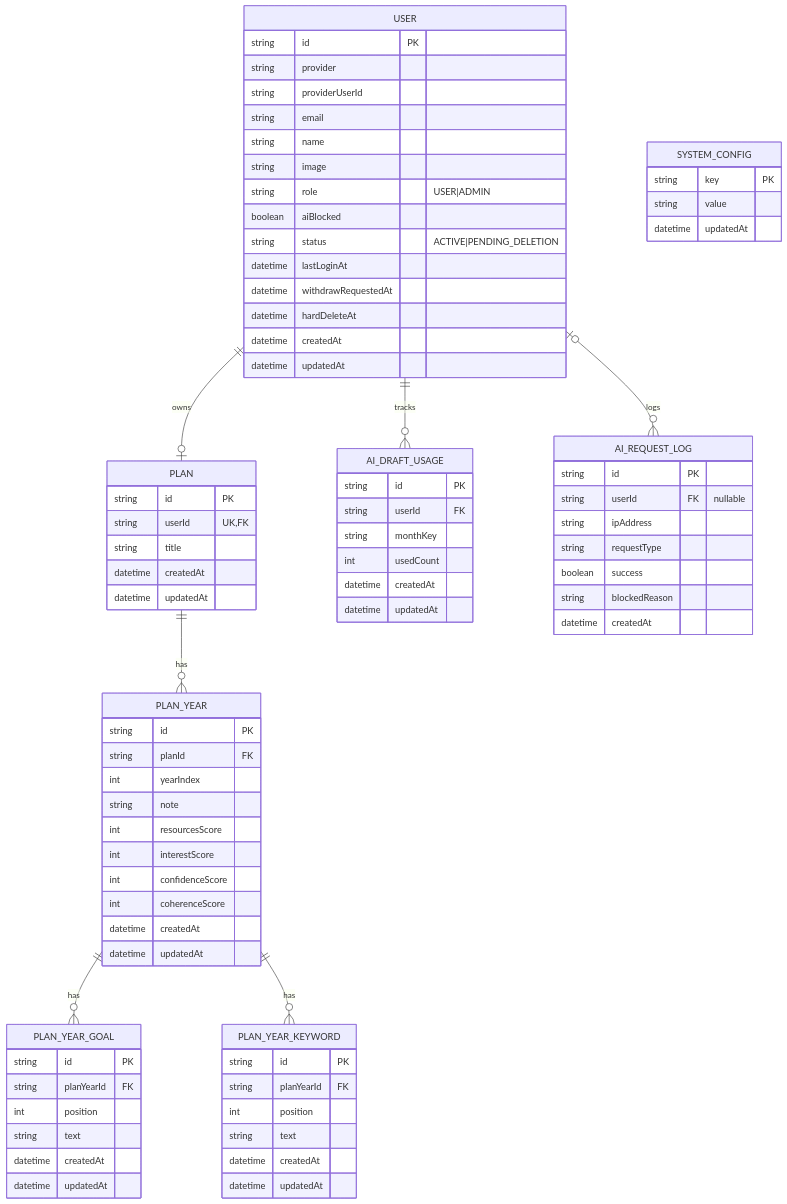
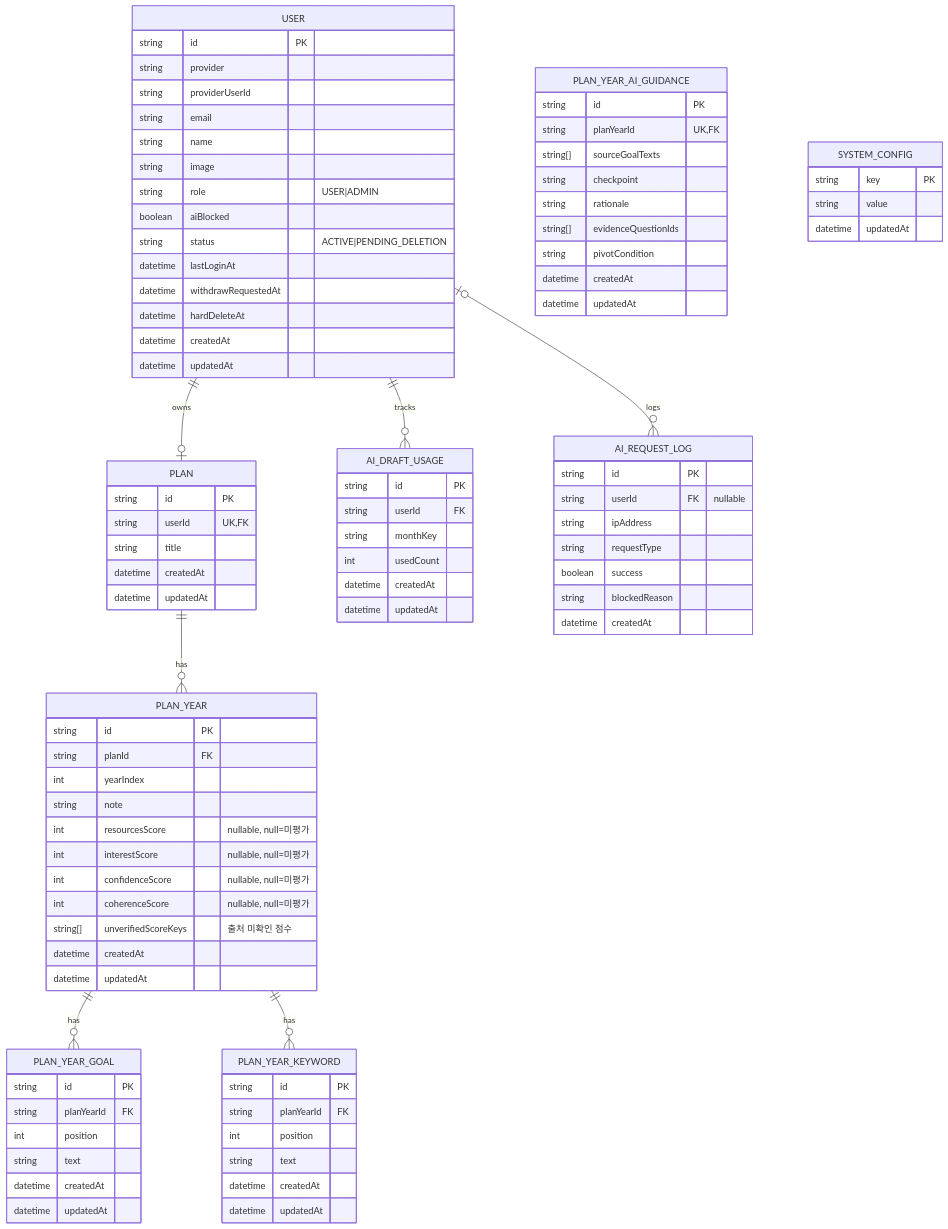
One commit to Lui-die-lui/odyssey-plan-studio changed the diagram in ERD.md. Above: the diagram before and after it, drawn with Mermaid. The commit also changed 48 other files, not shown here.

```diff
--- a/ERD.md
+++ b/ERD.md
@@ -34,10 +34,23 @@
         string planId FK
         int yearIndex
         string note
-        int resourcesScore
-        int interestScore
-        int confidenceScore
-        int coherenceScore
+        int resourcesScore "nullable, null=미평가"
+        int interestScore "nullable, null=미평가"
+        int confidenceScore "nullable, null=미평가"
+        int coherenceScore "nullable, null=미평가"
+        string[] unverifiedScoreKeys "출처 미확인 점수"
+        datetime createdAt
+        datetime updatedAt
+    }
+
+    PLAN_YEAR_AI_GUIDANCE {
+        string id PK
+        string planYearId UK, FK
+        string[] sourceGoalTexts
+        string checkpoint
+        string rationale
+        string[] evidenceQuestionIds
+        string pivotCondition
         datetime createdAt
         datetime updatedAt
     }
```
